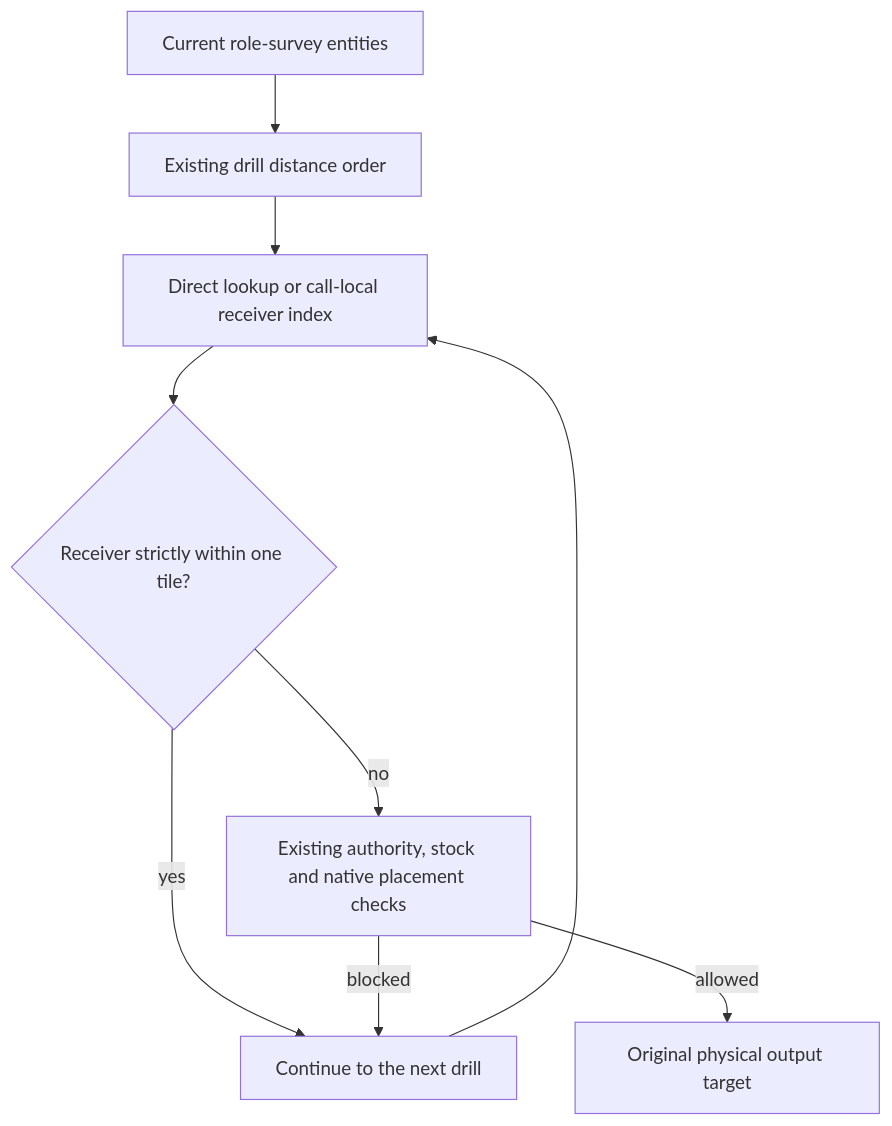
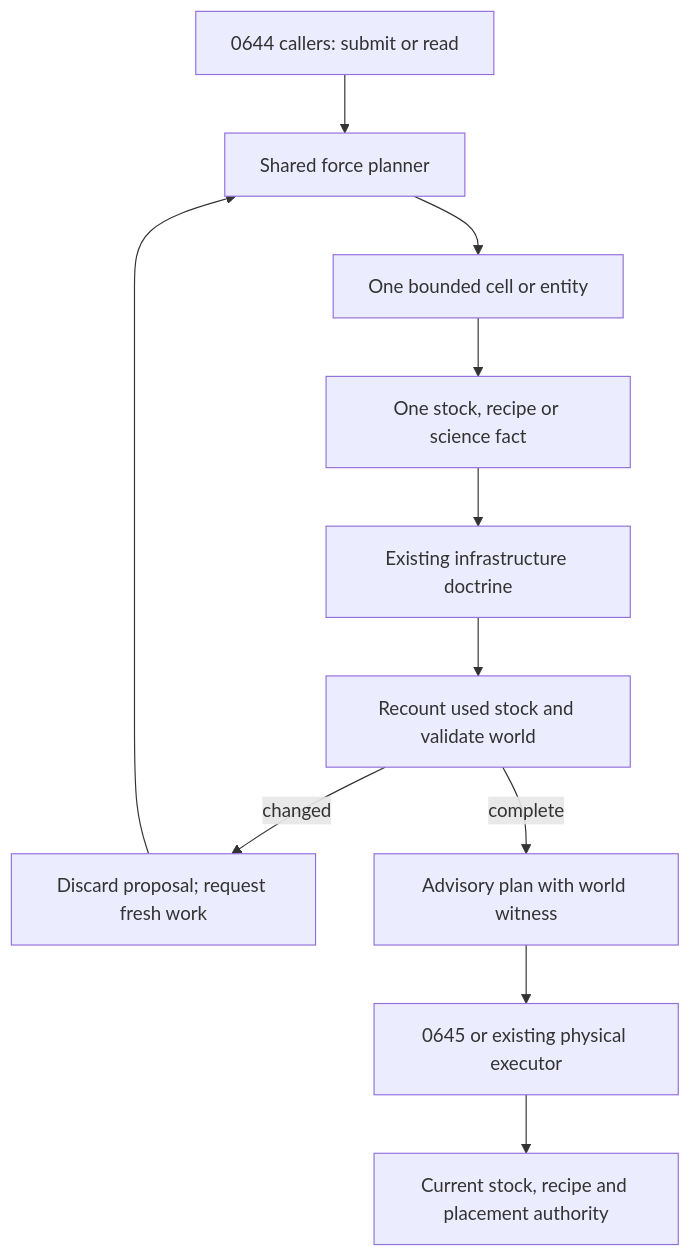
Before and after one commit to mrcalzon02/Tech-Priests: the second of 3 diagrams in docs/BEHAVIOR_MERMAID_FUNCTION_DRILLDOWN_0666_INFRASTRUCTURE_PLANNING.md, drawn with Mermaid. The commit also changed other lines of this file and 66 other files, not shown here.

First line of the commit message:
perf: resume force planning and placement in bounded saved steps

````diff
--- a/docs/BEHAVIOR_MERMAID_FUNCTION_DRILLDOWN_0666_INFRASTRUCTURE_PLANNING.md
+++ b/docs/BEHAVIOR_MERMAID_FUNCTION_DRILLDOWN_0666_INFRASTRUCTURE_PLANNING.md
@@ -77,11 +58,13 @@
 ```mermaid
 flowchart TD
-    Survey["Current role-survey entities"] --> Drills["Existing drill distance order"]
-    Drills --> Lookup["Direct lookup or call-local receiver index"]
-    Lookup --> Receiver{"Receiver strictly within one tile?"}
-    Receiver -->|"yes"| Next["Continue to the next drill"]
-    Next --> Lookup
-    Receiver -->|"no"| Placement["Existing authority, stock and native placement checks"]
-    Placement -->|"blocked"| Next
-    Placement -->|"allowed"| Target["Original physical output target"]
+    Caller["0644 callers: submit or read"] --> Queue["Shared force planner"]
+    Queue --> World["One bounded cell or entity"]
+    World --> Inputs["One stock, recipe or science fact"]
+    Inputs --> Choose["Existing infrastructure doctrine"]
+    Choose --> Recheck["Recount used stock and validate world"]
+    Recheck -->|"changed"| Retry["Discard proposal; request fresh work"]
+    Retry --> Queue
+    Recheck -->|"complete"| Plan["Advisory plan with world witness"]
+    Plan --> Consumer["0645 or existing physical executor"]
+    Consumer --> Live["Current stock, recipe and placement authority"]
 ```
````
